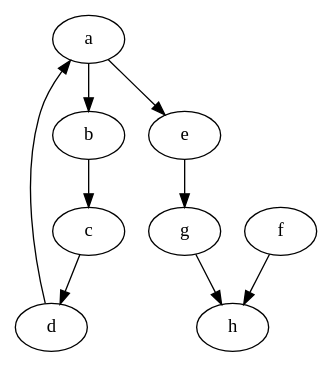
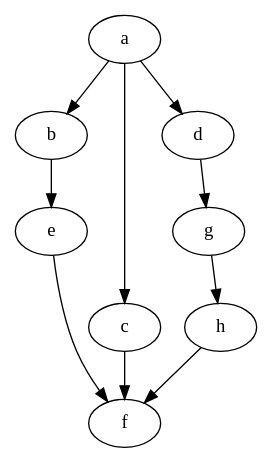
The diagram in src/main/resources/graphfile.dot (EbenTowne/CSE464-EbenTowne), drawn with Graphviz before and after one commit. The commit also changed 3 other files, not shown here.

```diff
--- a/src/main/resources/graphfile.dot
+++ b/src/main/resources/graphfile.dot
@@ -1,10 +1,19 @@
 digraph {
+    a;
+    b;
+    c;
+    d;
+    e;
+    f;
+    g;
+    h;
     a -> b;
-    b -> c;
-    c -> d;
-    d -> a;
-    a -> e;
-    e -> g;
-    f -> h;
+    a -> c;
+    a -> d;
+    b -> e;
+    c -> f;
+    d -> g;
     g -> h;
+    h -> f;
+    e -> f;
 }
```
